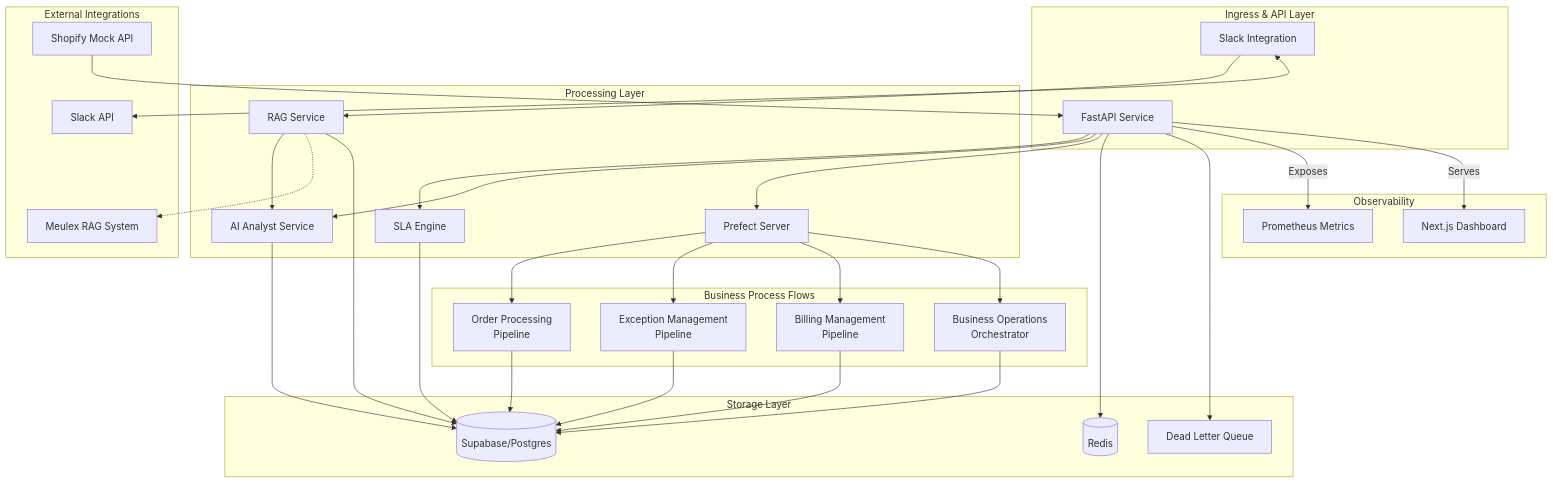
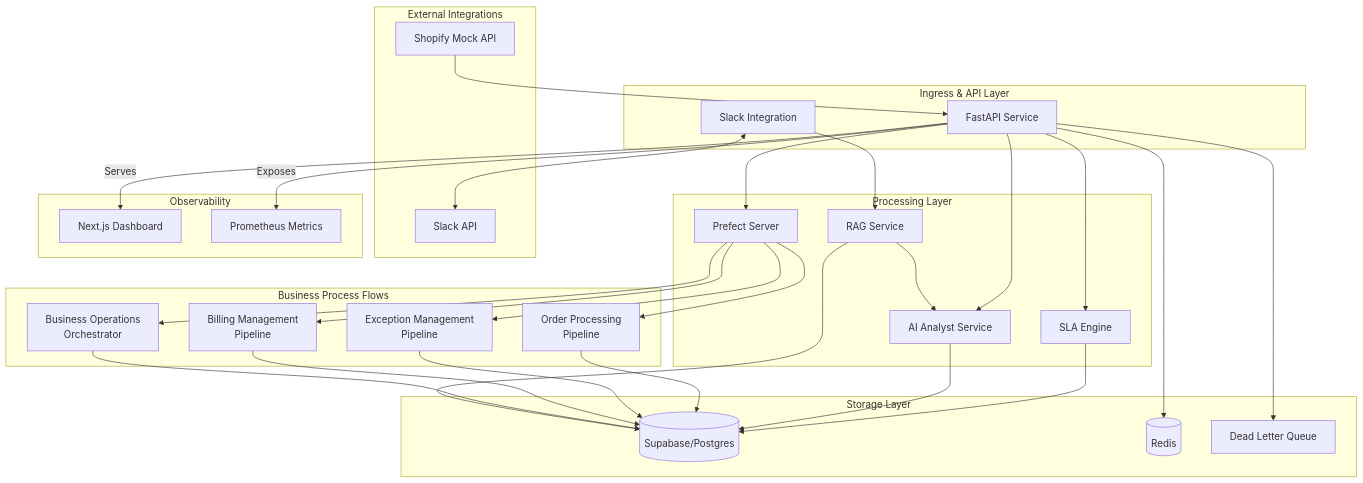
One commit to chernistry/e2a changed the second of 4 diagrams in README.md. Above: the diagram before and after it, drawn with Mermaid. The commit also changed other lines of this file, not shown here.

Commit message:
Update README to clarify Slack integration and RAG service foundations: Revise descriptions for Slack bot framework and RAG service compatibility with vector databases. Enhance documentation for improved understanding of integration capabilities and project features.

````diff
--- a/README.md
+++ b/README.md
@@ -204,66 +205,64 @@
 ```mermaid
 graph TD
     subgraph "Ingress & API Layer"
         API[FastAPI Service]
         SLACK[Slack Integration]
     end
     
     subgraph "Processing Layer"
         SLA_ENGINE[SLA Engine]
         AI_ANALYST[AI Analyst Service]
         PREFECT[Prefect Server]
         RAG[RAG Service]
     end
     
     subgraph "Business Process Flows"
         ORDER_FLOW[Order Processing<br/>Pipeline]
         EXCEPTION_FLOW[Exception Management<br/>Pipeline]
         BILLING_FLOW[Billing Management<br/>Pipeline]
         ORCHESTRATOR_FLOW[Business Operations<br/>Orchestrator]
     end
     
     subgraph "Storage Layer"
         SUPABASE[(Supabase/Postgres)]
         REDIS[(Redis)]
         DLQ[Dead Letter Queue]
     end
     
     subgraph "External Integrations"
         SLACK_API[Slack API]
-        MEULEX[Meulex RAG System]
         SHOPIFY_MOCK[Shopify Mock API]
     end
     
     subgraph "Observability"
         DASHBOARD[Next.js Dashboard]
         PROMETHEUS[Prometheus Metrics]
     end
     
     API --> SLA_ENGINE
     API --> AI_ANALYST
     API --> PREFECT
     SLACK --> RAG
     RAG --> AI_ANALYST
-    RAG -.-> MEULEX
     
     PREFECT --> ORDER_FLOW
     PREFECT --> EXCEPTION_FLOW
     PREFECT --> BILLING_FLOW
     PREFECT --> ORCHESTRATOR_FLOW
     
     SLA_ENGINE --> SUPABASE
     AI_ANALYST --> SUPABASE
     ORDER_FLOW --> SUPABASE
     EXCEPTION_FLOW --> SUPABASE
     BILLING_FLOW --> SUPABASE
     ORCHESTRATOR_FLOW --> SUPABASE
     RAG --> SUPABASE
     
     API --> REDIS
     API --> DLQ
     SLACK <--> SLACK_API
     SHOPIFY_MOCK --> API
     
     API -- Exposes --> PROMETHEUS
     API -- Serves --> DASHBOARD
 ```
````
